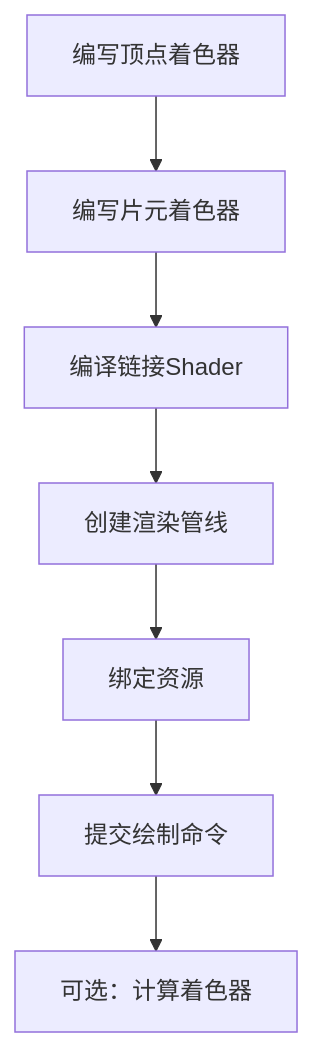
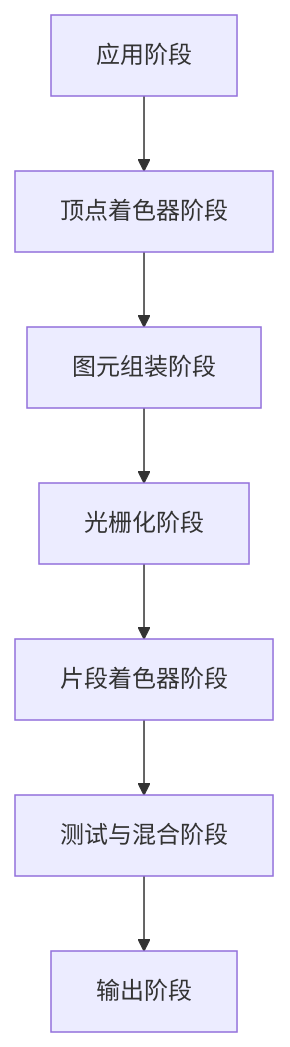
One commit to Lu9709/blog changed the second of 2 diagrams in docs/repository/Web3D/渲染管线.md. Above: the diagram before and after it, drawn with Mermaid. The commit also changed other lines of this file and 2 other files, not shown here.

````diff
--- a/docs/repository/Web3D/渲染管线.md
+++ b/docs/repository/Web3D/渲染管线.md
@@ -58,9 +58,9 @@
 ```mermaid
 graph TD
-A[编写顶点着色器] --> B[编写片元着色器]
-B --> C[编译链接Shader]
-C --> D[创建渲染管线]
-D --> E[绑定资源]
-E --> F[提交绘制命令]
-F --> G[可选：计算着色器]
+A[应用阶段] --> B[顶点着色器阶段]
+B --> C[图元组装阶段]
+C --> D[光栅化阶段]
+D --> E[片段着色器阶段]
+E --> F[测试与混合阶段]
+F --> G[输出阶段]
 ```
````
